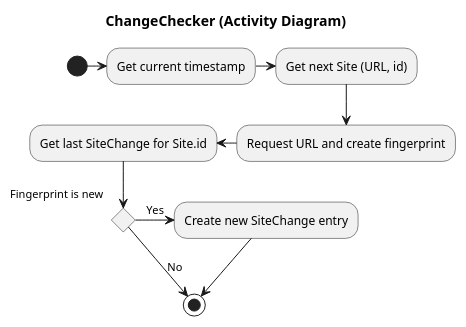
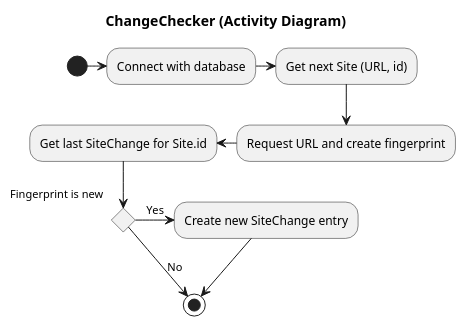
The first of 3 diagrams in docs/plant_uml_files/activity_diagrams.puml (DirkSchaefer/brang), drawn with PlantUML before and after one commit. The commit also changed other lines of this file and 3 other files, not shown here.

```diff
--- a/docs/plant_uml_files/activity_diagrams.puml
+++ b/docs/plant_uml_files/activity_diagrams.puml
@@ -1,15 +1,15 @@
 @startuml
 skinparam monochrome true
 title ChangeChecker (Activity Diagram)
 
-(*)  -right-> "Get current timestamp"
+(*)  -right-> "Connect with database"
 -right-> "Get next Site (URL, id)"
 -down-> "Request URL and create fingerprint"
 -left-> "Get last SiteChange for Site.id"
 If "Fingerprint is new" then
 -right-> [Yes] "Create new SiteChange entry"
 --> (*)
 else
 -right-> [No] (*)
 Endif
 @enduml
```
